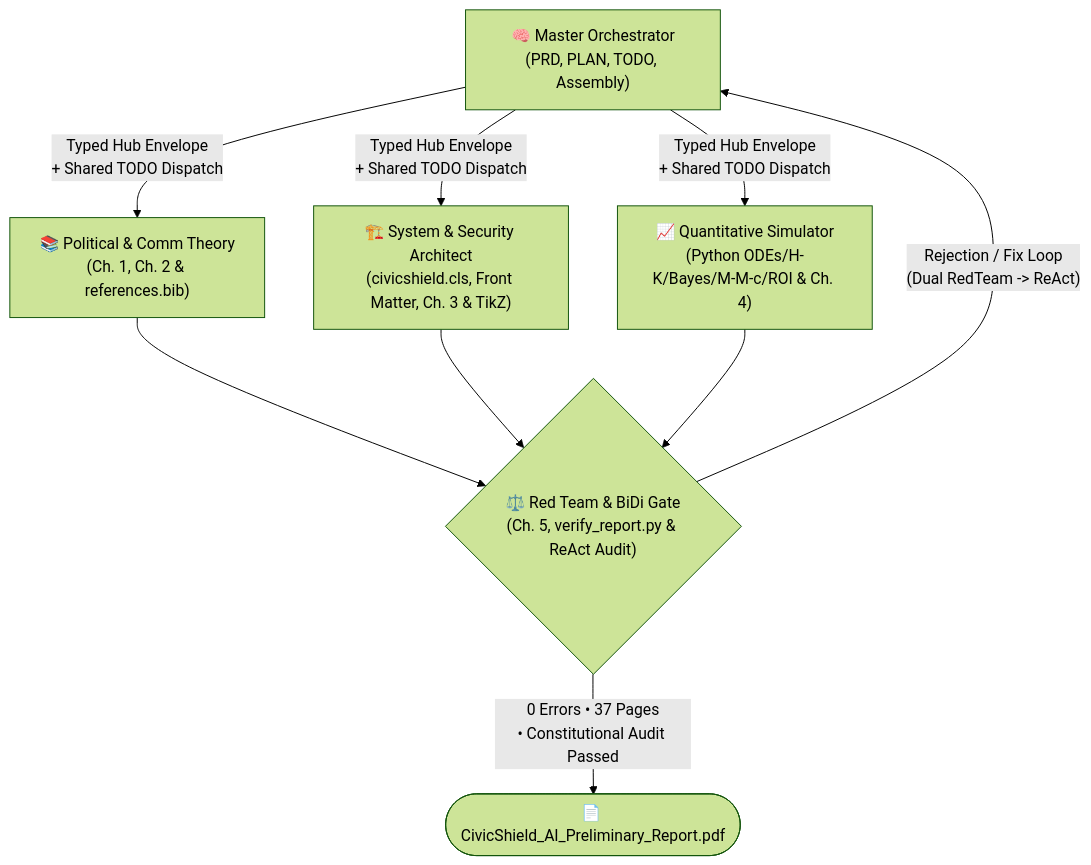
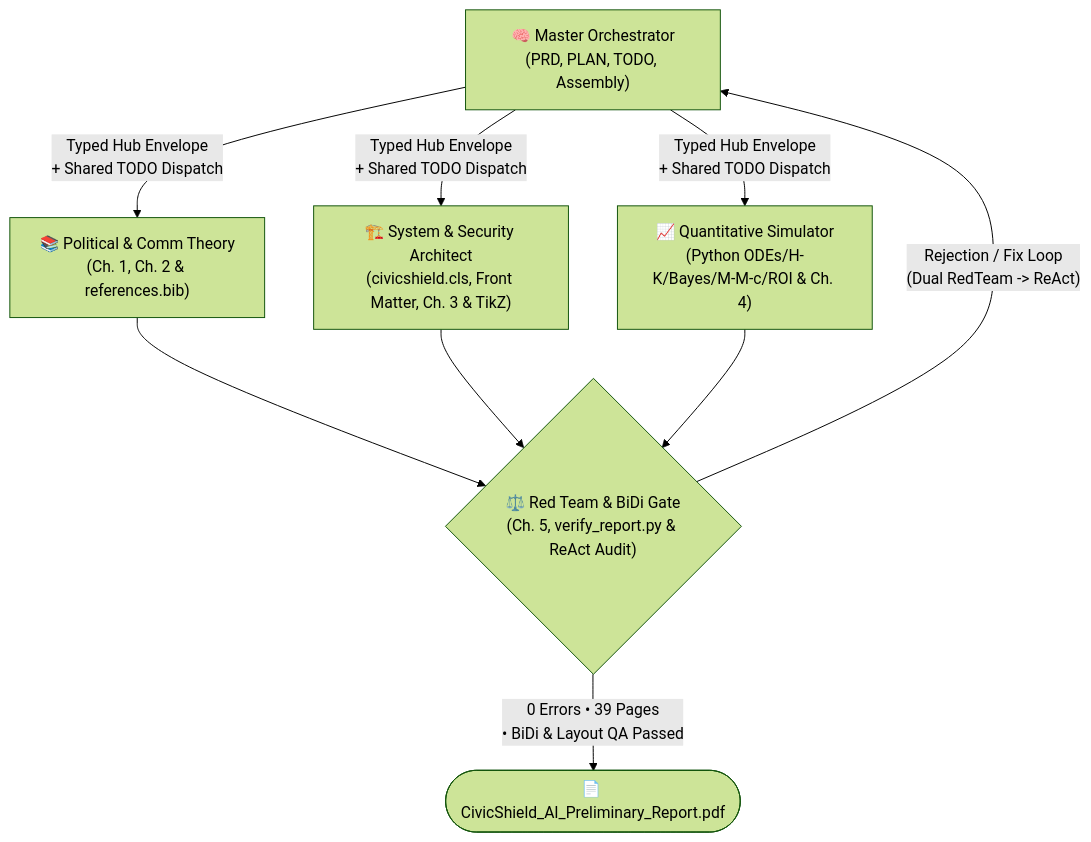
The diagram in README.md (yahavron-a11y/vibe-coding04), drawn with Mermaid (forest theme) before and after one commit. The commit also changed other lines of this file and 3 other files, not shown here.

````diff
--- a/README.md
+++ b/README.md
@@ -94,13 +94,13 @@
 ```mermaid
 flowchart TB
     Master["🧠 Master Orchestrator\n(PRD, PLAN, TODO, Assembly)"] -->|"Typed Hub Envelope\n+ Shared TODO Dispatch"| Theory["📚 Political & Comm Theory\n(Ch. 1, Ch. 2 & references.bib)"]
     Master -->|"Typed Hub Envelope\n+ Shared TODO Dispatch"| Architect["🏗️ System & Security Architect\n(civicshield.cls, Front Matter, Ch. 3 & TikZ)"]
     Master -->|"Typed Hub Envelope\n+ Shared TODO Dispatch"| Simulator["📈 Quantitative Simulator\n(Python ODEs/H-K/Bayes/M-M-c/ROI & Ch. 4)"]
 
     Theory --> Gate{"⚖️ Red Team & BiDi Gate\n(Ch. 5, verify_report.py & ReAct Audit)"}
     Architect --> Gate
     Simulator --> Gate
 
     Gate -->|"Rejection / Fix Loop\n(Dual RedTeam -> ReAct)"| Master
-    Gate -->|"0 Errors • 37 Pages\n• Constitutional Audit Passed"| PDF(["📄 CivicShield_AI_Preliminary_Report.pdf"])
+    Gate -->|"0 Errors • 39 Pages\n• BiDi & Layout QA Passed"| PDF(["📄 CivicShield_AI_Preliminary_Report.pdf"])
 ```
````
